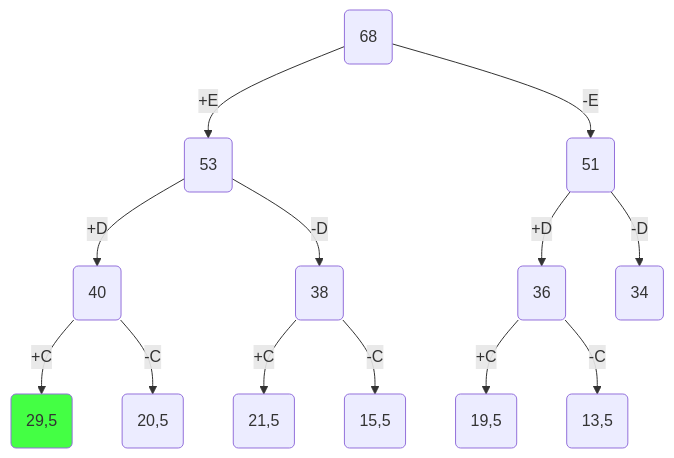
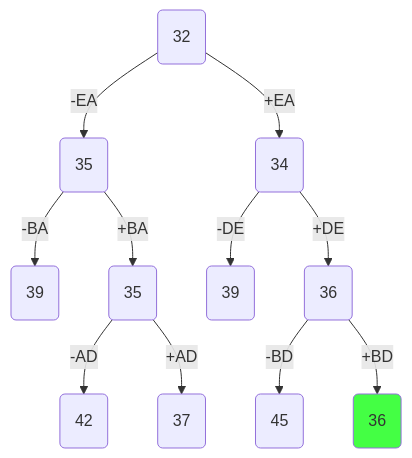
Before and after one commit to hse-algo-24-owl/manual-tasks-owl: the eighth of 9 diagrams in nevermind.md, drawn with Mermaid. The commit also changed other lines of this file, not shown here.

````diff
--- a/nevermind.md
+++ b/nevermind.md
@@ -207,30 +343,27 @@
-``` mermaid
+```mermaid
 flowchart TD
-A(68)
-B(53)
-C(51)
-D(40)
-E(38)
-F(36)
-G(34)
-H(29,5)
-I(20,5)
-J(21,5)
-K(15,5)
-L(19,5)
-M(13,5)
-A -- +E--> B
-A -- -E--> C
-B -- +D--> D
-B -- -D--> E
-C -- +D--> F
-C -- -D--> G
-D -- +C--> H
-D -- -C--> I
-E -- +C--> J
-E -- -C--> K
-F -- +C--> L
-F -- -C--> M
+A(32)
+B(35)
+C(34)
+D(39)
+E(36)
+F(39)
+G(35)
+H(42)
+I(37)
+J(45)
+K(36)
 
-style H fill:#4f4f
+A -- -EA --> B
+A -- +EA --> C
+C -- -DE --> D
+C -- +DE --> E
+B -- -BA --> F
+B -- +BA --> G
+G -- -AD --> H
+G -- +AD --> I
+E -- -BD --> J
+E -- +BD --> K
+
+style K fill:#4f4f
 ```
````
